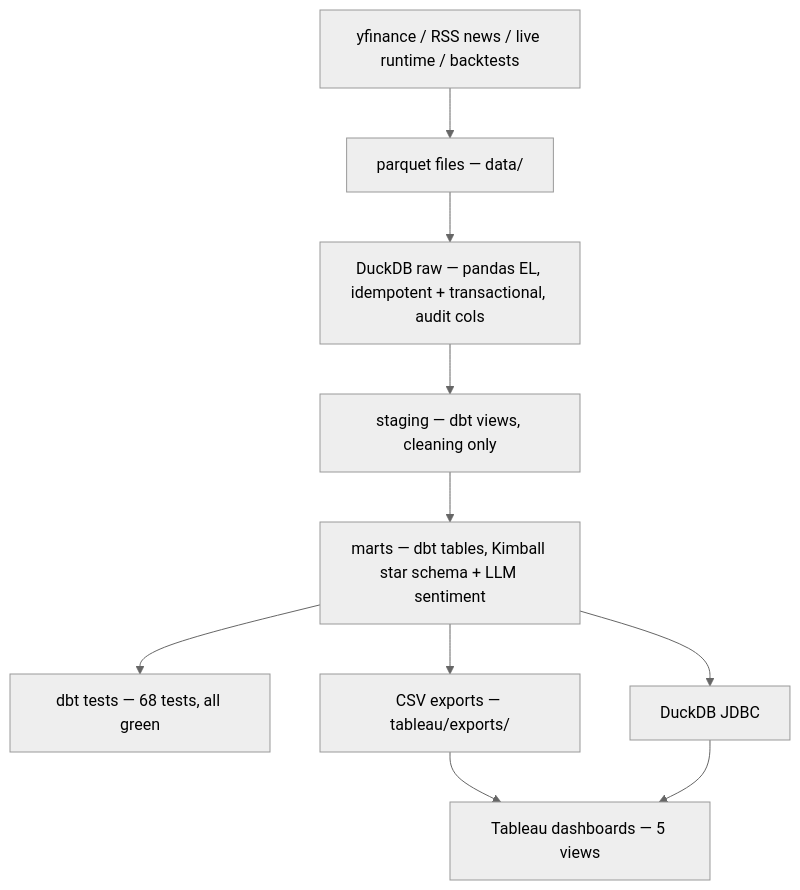
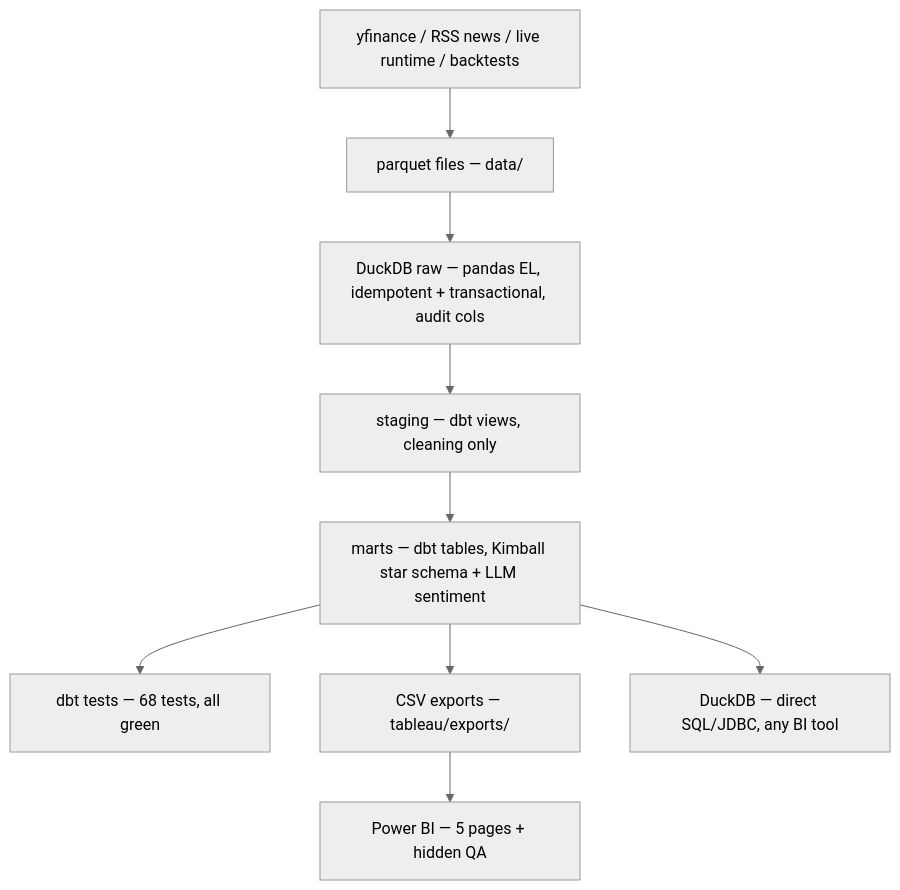
The sixth of 6 diagrams in README.md (C0k11/stock-share-Helper), drawn with Mermaid (neutral theme) before and after one commit. The commit also changed other lines of this file and 13 other files, not shown here.

````diff
--- a/README.md
+++ b/README.md
@@ -253,12 +253,11 @@
 ```mermaid
 flowchart TB
     SRC["yfinance / RSS news / live runtime / backtests"] --> PQ["parquet files — data/"]
     PQ --> RAW["DuckDB raw — pandas EL, idempotent + transactional, audit cols"]
     RAW --> STG["staging — dbt views, cleaning only"]
     STG --> MRT["marts — dbt tables, Kimball star schema + LLM sentiment"]
     MRT --> TST["dbt tests — 68 tests, all green"]
     MRT --> CSV["CSV exports — tableau/exports/"]
-    MRT --> JDBC["DuckDB JDBC"]
-    CSV --> TAB["Tableau dashboards — 5 views"]
-    JDBC --> TAB
+    MRT --> JDBC["DuckDB — direct SQL/JDBC, any BI tool"]
+    CSV --> PBI["Power BI — 5 pages + hidden QA"]
 ```
````
